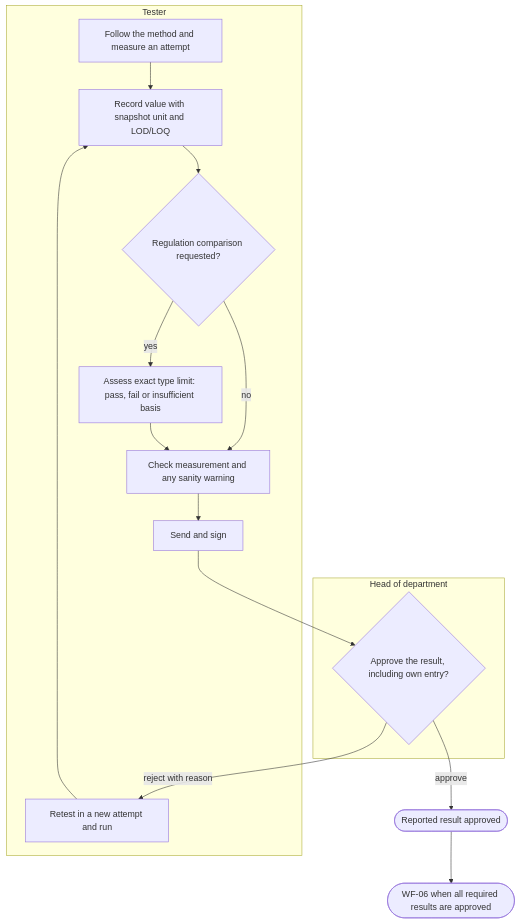
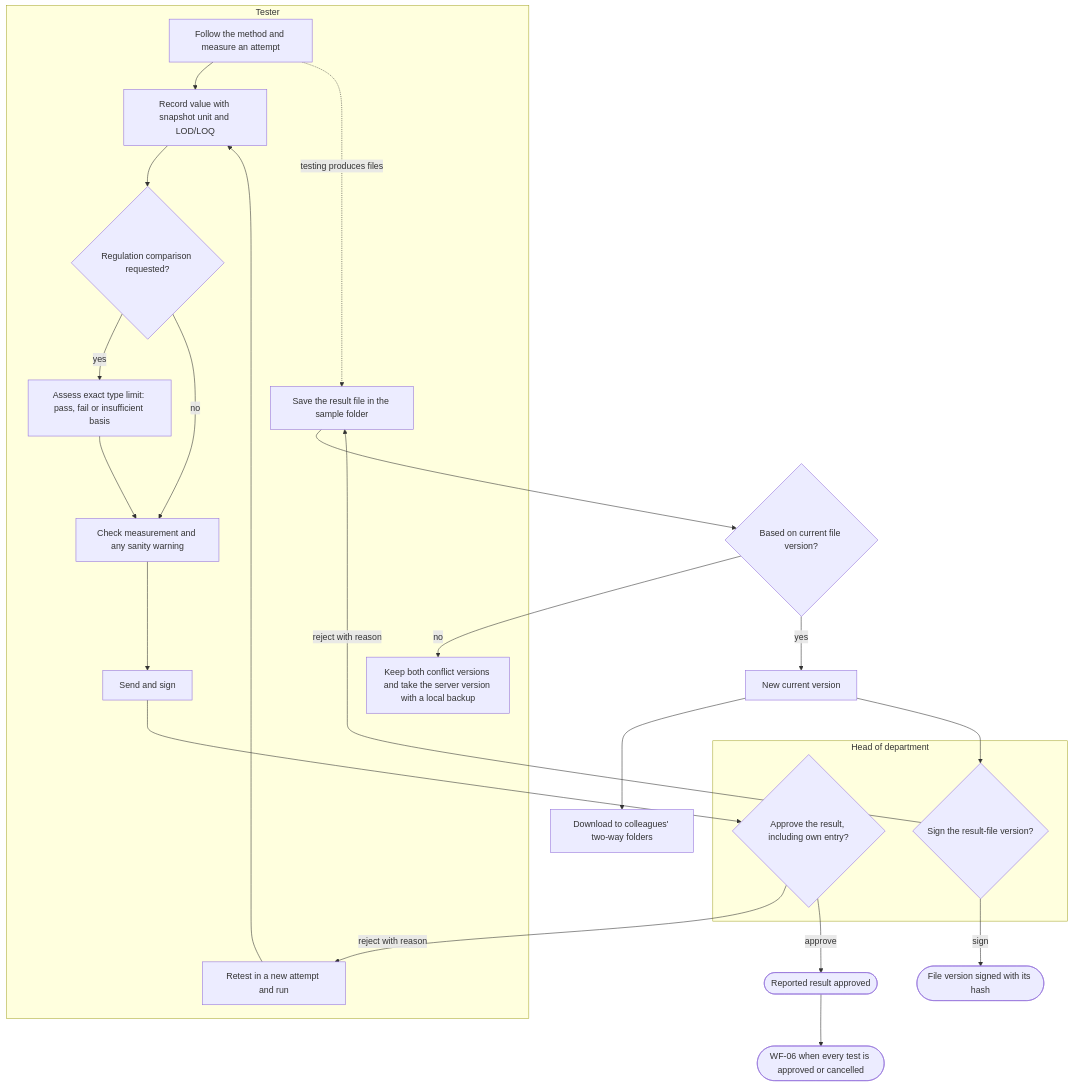
One commit to SoltuneMontepre/medilab changed the fourth of 17 diagrams in docs/functional/business-flows.md. Above: the diagram before and after it, drawn with Mermaid. The commit also changed other lines of this file and 8 other files, not shown here.

Commit message:
[docs] Align business flows and sign reports before issuance

````diff
--- a/docs/functional/business-flows.md
+++ b/docs/functional/business-flows.md
@@ -204,18 +196,28 @@
 ```mermaid
 flowchart TD
     subgraph lane10 ["Tester"]
         t1[Follow the method and measure an attempt] --> t2[Record value with snapshot unit and LOD/LOQ]
         t2 --> q{Regulation comparison requested?}
         q -->|yes| t3[Assess exact type limit: pass, fail or insufficient basis]
         q -->|no| t4[Check measurement and any sanity warning]
         t3 --> t4 --> t5[Send and sign]
         t6[Retest in a new attempt and run]
+        f1[Save the result file in the sample folder]
+        f2[Keep both conflict versions and take the server version with a local backup]
     end
     subgraph lane11 ["Head of department"]
         h1{Approve the result, including own entry?}
+        h2{Sign the result-file version?}
     end
+    t1 -.->|testing produces files| f1 --> current{Based on current file version?}
+    current -->|yes| version[New current version]
+    current -->|no| f2
+    version --> others[Download to colleagues' two-way folders]
+    version --> h2
+    h2 -->|reject with reason| f1
+    h2 -->|sign| signedfile([File version signed with its hash])
     t5 --> h1
     h1 -->|reject with reason| t6 --> t2
     h1 -->|approve| done([Reported result approved])
-    done --> wf06([WF-06 when all required results are approved])
+    done --> wf06([WF-06 when every test is approved or cancelled])
 ```
````
